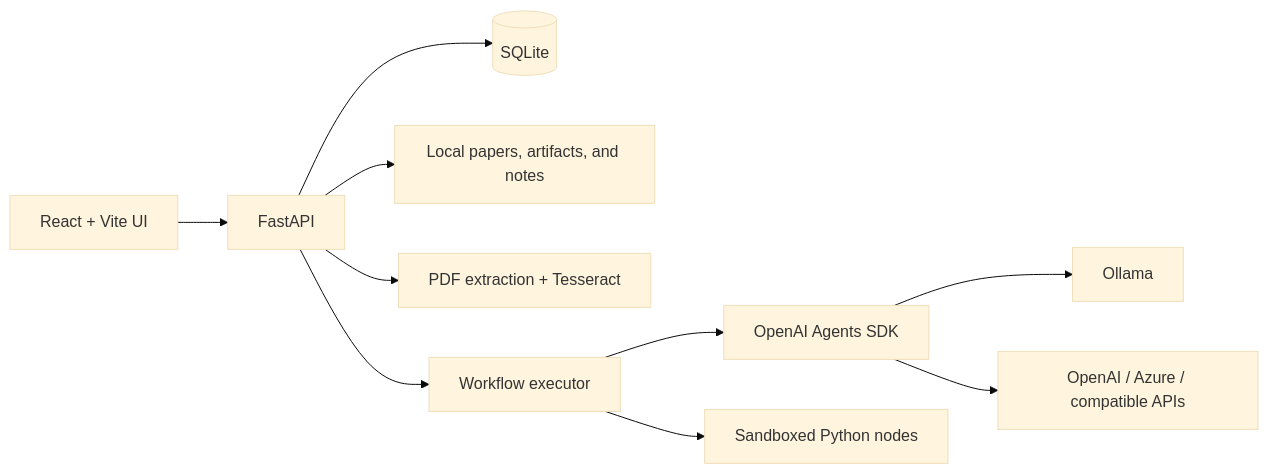
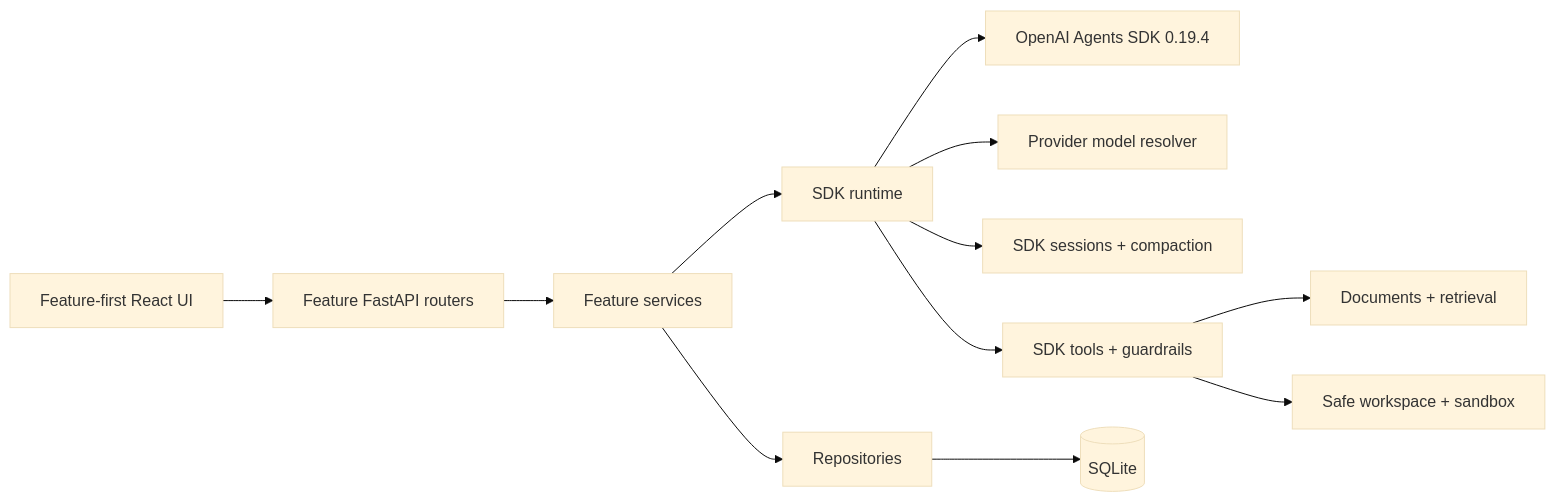
Before and after one commit to giridharmunagala/scholarweave: the diagram in README.md, drawn with Mermaid (base theme). The commit also changed other lines of this file and 278 other files, not shown here.

````diff
--- a/README.md
+++ b/README.md
@@ -58,12 +53,14 @@
 ```mermaid
 flowchart LR
-    UI["React + Vite UI"] --> API["FastAPI"]
-    API --> DB[("SQLite")]
-    API --> FILES["Local papers, artifacts, and notes"]
-    API --> OCR["PDF extraction + Tesseract"]
-    API --> ENGINE["Workflow executor"]
-    ENGINE --> SDK["OpenAI Agents SDK"]
-    ENGINE --> SANDBOX["Sandboxed Python nodes"]
-    SDK --> OLLAMA["Ollama"]
-    SDK --> CLOUD["OpenAI / Azure / compatible APIs"]
+    UI["Feature-first React UI"] --> API["Feature FastAPI routers"]
+    API --> SERVICES["Feature services"]
+    SERVICES --> REPOS["Repositories"]
+    SERVICES --> RUNTIME["SDK runtime"]
+    RUNTIME --> SDK["OpenAI Agents SDK 0.19.4"]
+    RUNTIME --> PROVIDERS["Provider model resolver"]
+    RUNTIME --> SESSIONS["SDK sessions + compaction"]
+    RUNTIME --> TOOLS["SDK tools + guardrails"]
+    REPOS --> DB[("SQLite")]
+    TOOLS --> DOCS["Documents + retrieval"]
+    TOOLS --> WORKSPACE["Safe workspace + sandbox"]
 ```
````
